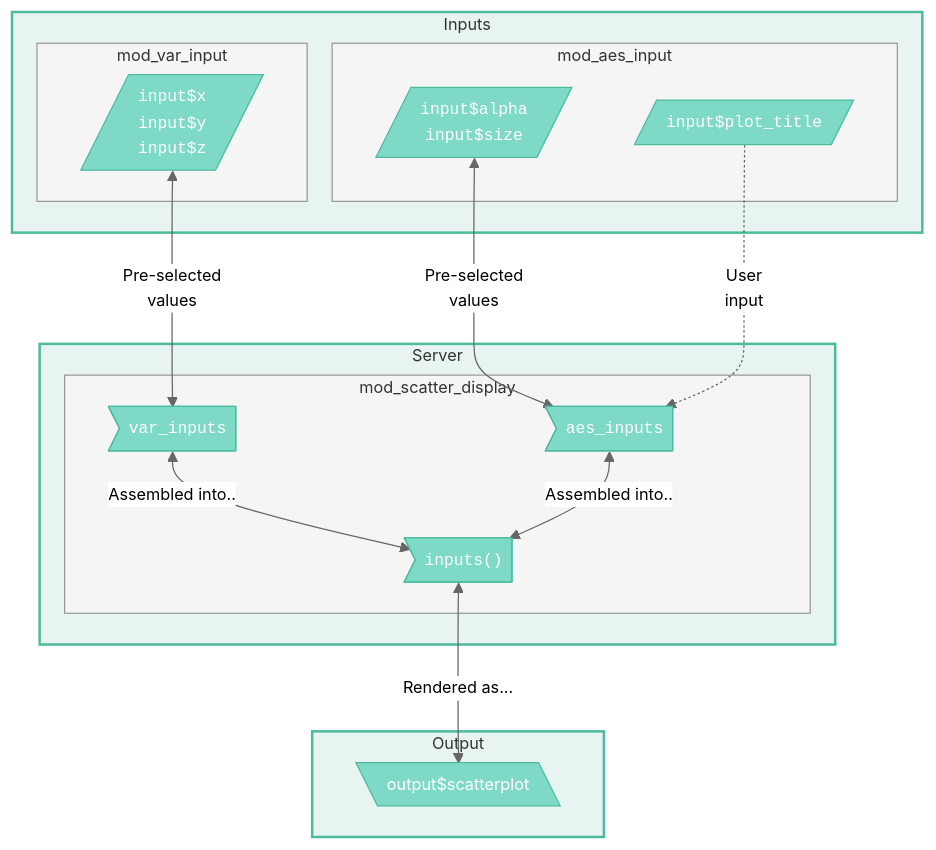
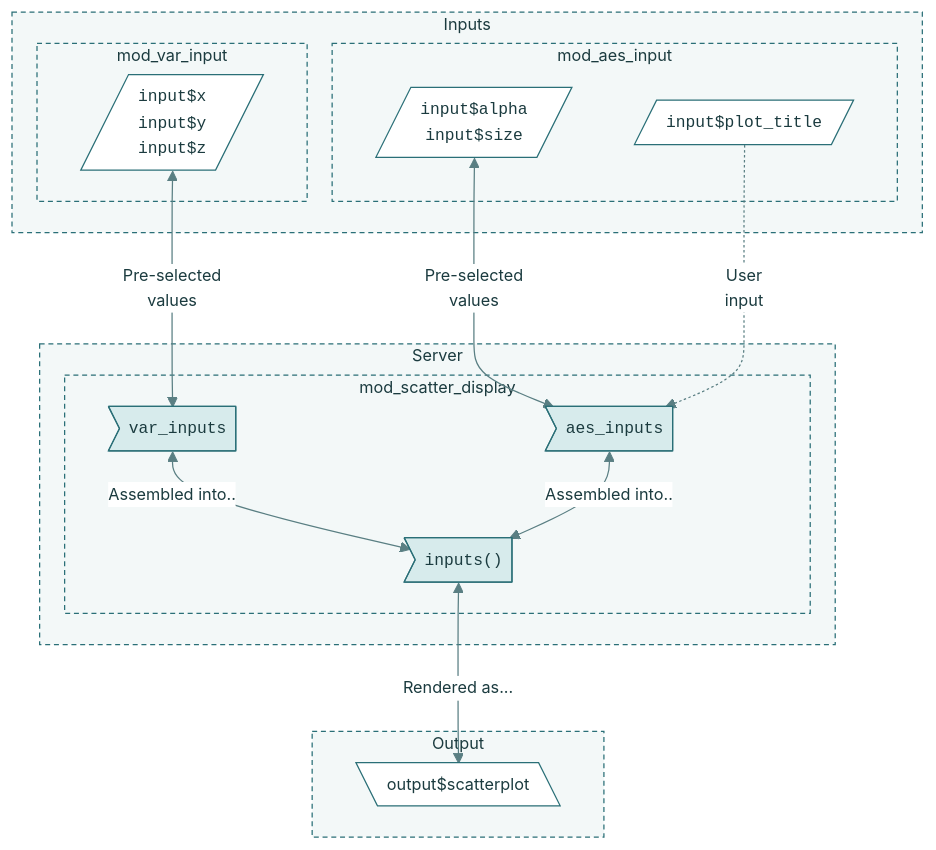
Before and after one commit to mjfrigaard/shiny-app-pkgs: the first of 3 diagrams in test_modules.qmd, drawn with Mermaid. The commit also changed other lines of this file and 22 other files, not shown here.

First line of the commit message:
Standardize mermaid diagrams on the site teal palette

````diff
--- a/test_modules.qmd
+++ b/test_modules.qmd
@@ -83,48 +83,46 @@
 ```{mermaid}
 %%| fig-cap: '*Module communication between UI and server*'
 %%| fig-align: center
-%%{init: {'theme': 'neutral', 'themeVariables': { 'fontFamily': 'monospace', "fontSize":"13px"}}}%%
+%%{init: {'theme': 'base', 'themeVariables': { 'fontFamily': 'monospace', "fontSize":"13px", "primaryColor":"#D7EBEC", "primaryTextColor":"#1B3B3F", "primaryBorderColor":"#2A6F77", "lineColor":"#5A7F83", "edgeLabelBackground":"#FFFFFF", "clusterBkg":"#F3F8F8", "clusterBorder":"#2A6F77", "darkMode":false}}}%%
 flowchart TD
     subgraph Inputs["Inputs"]
         subgraph Variables["mod_var_input"]
         var_input[/"<code>input$x</code><br><code>input$y</code><br><code>input$z</code>"/]
         end
         subgraph Aesthetics["mod_aes_input"]
         aes_input[/"<code>input$alpha</code><br><code>input$size</code>"/]
         plot_title[/"<code>input$plot_title</code>"/]
         end
         
     end
     subgraph React["Server"]
         subgraph Display["mod_scatter_display"]
         var_inputs>"<code>var_inputs</code> "]
         aes_inputs>"<code>aes_inputs</code> "]
         inputs>"<code>inputs()</code>"]
         end
     end
     subgraph Output["Output"]
         output[\"output$scatterplot"\]
     end
 
 
     var_input <--> |"Pre-selected<br>values"|var_inputs
     aes_input <--> |"Pre-selected<br>values"|aes_inputs
     plot_title -.-> |"User<br>input"|aes_inputs
     var_inputs & aes_inputs <--> |"Assembled into.."|inputs
     inputs <--> |"Rendered as..."|output
 
-    style Inputs fill:#e8f4f1,stroke:#4CBB9D,stroke-width:2px
-    style React fill:#e8f4f1,stroke:#4CBB9D,stroke-width:2px
-    style Output fill:#e8f4f1,stroke:#4CBB9D,stroke-width:2px
-    style Variables fill:#f5f5f5,stroke:#999,stroke-width:1px
-    style Aesthetics fill:#f5f5f5,stroke:#999,stroke-width:1px
-    style Display fill:#f5f5f5,stroke:#999,stroke-width:1px
-    style var_input fill:#7fd9c7,stroke:#4CBB9D,stroke-width:1px,color:#fff
-    style aes_input fill:#7fd9c7,stroke:#4CBB9D,stroke-width:1px,color:#fff
-    style plot_title fill:#7fd9c7,stroke:#4CBB9D,stroke-width:1px,color:#fff
-    style var_inputs fill:#7fd9c7,stroke:#4CBB9D,stroke-width:1px,color:#fff
-    style aes_inputs fill:#7fd9c7,stroke:#4CBB9D,stroke-width:1px,color:#fff
-    style inputs fill:#7fd9c7,stroke:#4CBB9D,stroke-width:1px,color:#fff
-    style output fill:#7fd9c7,stroke:#4CBB9D,stroke-width:1px,color:#fff
-
+    classDef term fill:#2A6F77,color:#FFFFFF,stroke:#1B4F55,stroke-width:1px
+    classDef step fill:#D7EBEC,color:#1B3B3F,stroke:#2A6F77,stroke-width:1px
+    classDef decision fill:#F4C26B,color:#3D2A00,stroke:#B7832B,stroke-width:1px
+    classDef io fill:#FFFFFF,color:#1B3B3F,stroke:#2A6F77,stroke-width:1px
+    class var_inputs,aes_inputs,inputs step
+    class var_input,aes_input,plot_title,output io
+    style Inputs fill:#F3F8F8,color:#1B3B3F,stroke:#2A6F77,stroke-width:1px,stroke-dasharray:4 3
+    style Variables fill:#F3F8F8,color:#1B3B3F,stroke:#2A6F77,stroke-width:1px,stroke-dasharray:4 3
+    style Aesthetics fill:#F3F8F8,color:#1B3B3F,stroke:#2A6F77,stroke-width:1px,stroke-dasharray:4 3
+    style React fill:#F3F8F8,color:#1B3B3F,stroke:#2A6F77,stroke-width:1px,stroke-dasharray:4 3
+    style Display fill:#F3F8F8,color:#1B3B3F,stroke:#2A6F77,stroke-width:1px,stroke-dasharray:4 3
+    style Output fill:#F3F8F8,color:#1B3B3F,stroke:#2A6F77,stroke-width:1px,stroke-dasharray:4 3
 ```
````
